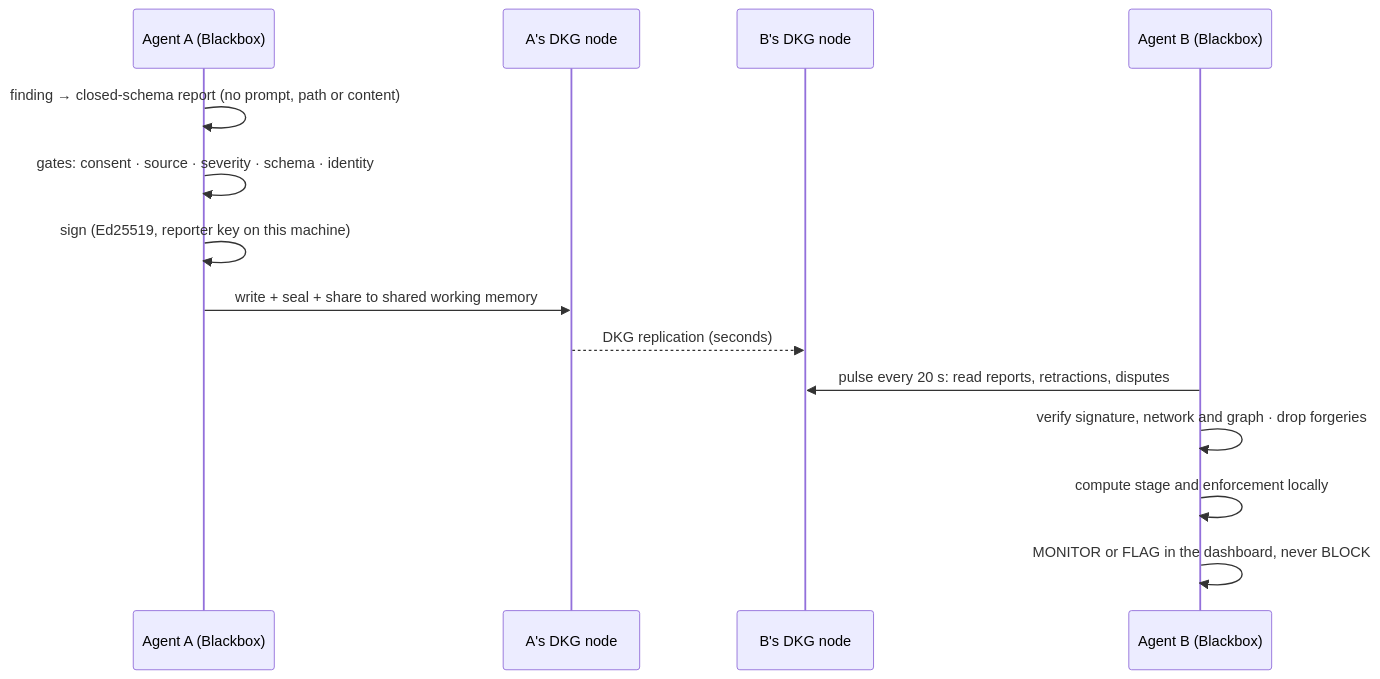
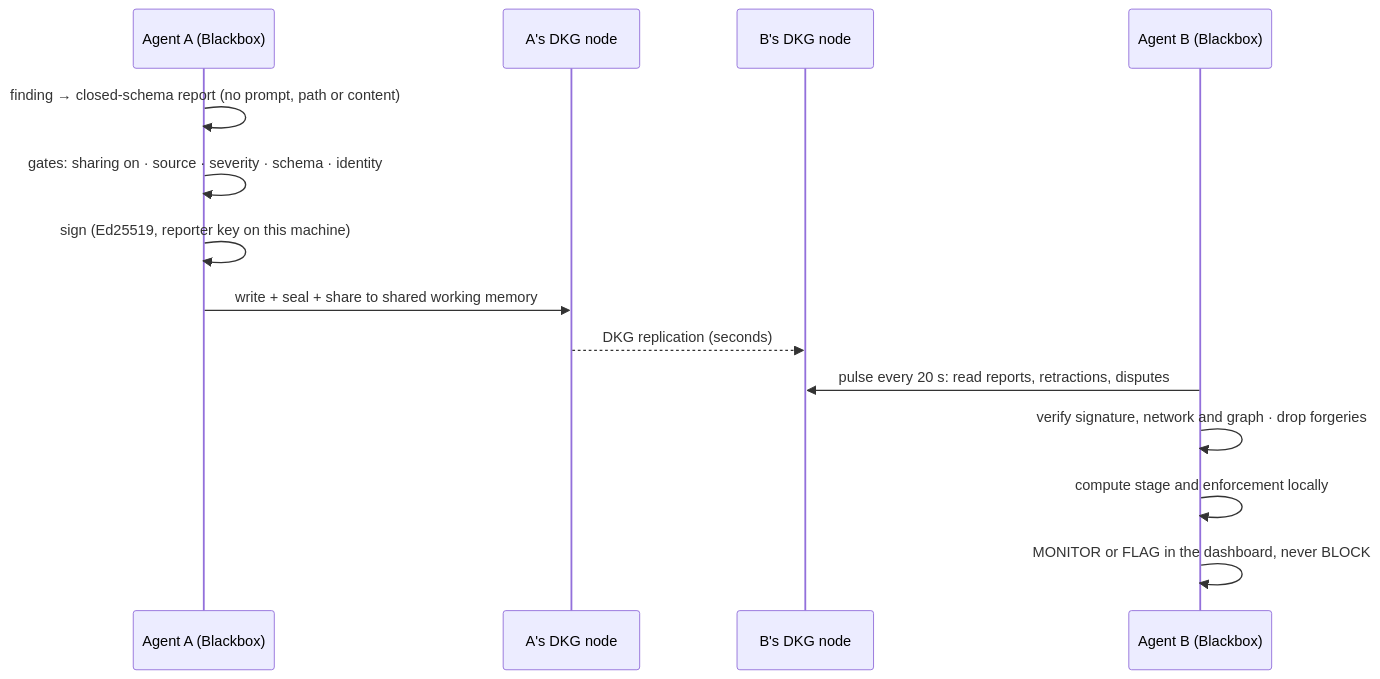
One commit to FamousAmos-ChillZone/agent-blackbox changed the second of 6 diagrams in README.md. Above: the diagram before and after it, drawn with Mermaid. The commit also changed other lines of this file and 2 other files, not shown here.

````diff
--- a/README.md
+++ b/README.md
@@ -278,16 +279,16 @@
 ```mermaid
 sequenceDiagram
     participant A as Agent A (Blackbox)
     participant NA as A's DKG node
     participant NB as B's DKG node
     participant B as Agent B (Blackbox)
     A->>A: finding → closed-schema report (no prompt, path or content)
-    A->>A: gates: consent · source · severity · schema · identity
+    A->>A: gates: sharing on · source · severity · schema · identity
     A->>A: sign (Ed25519, reporter key on this machine)
     A->>NA: write + seal + share to shared working memory
     NA-->>NB: DKG replication (seconds)
     B->>NB: pulse every 20 s: read reports, retractions, disputes
     B->>B: verify signature, network and graph · drop forgeries
     B->>B: compute stage and enforcement locally
     B->>B: MONITOR or FLAG in the dashboard, never BLOCK
 ```
````
